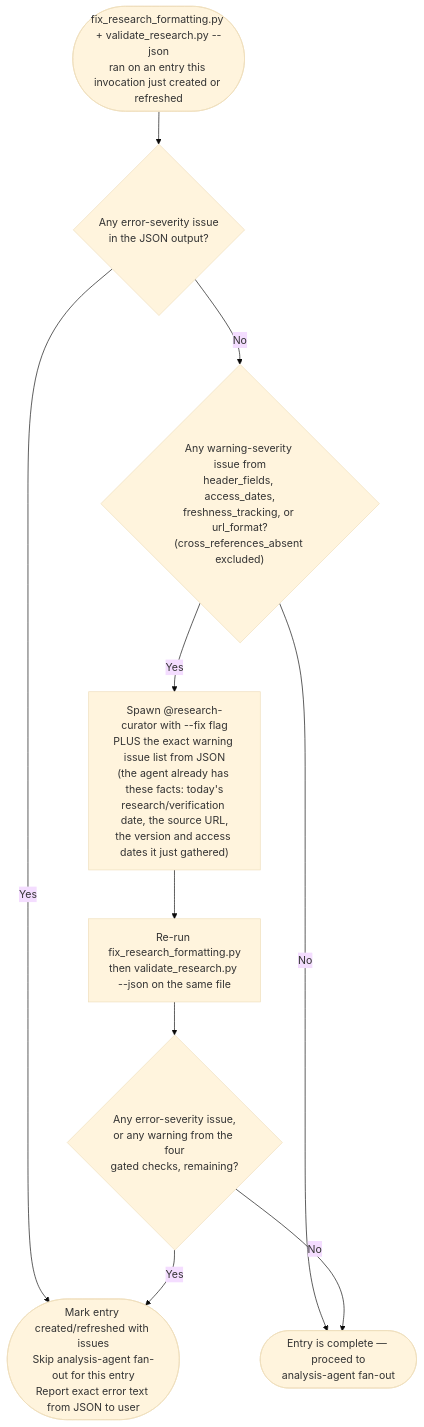
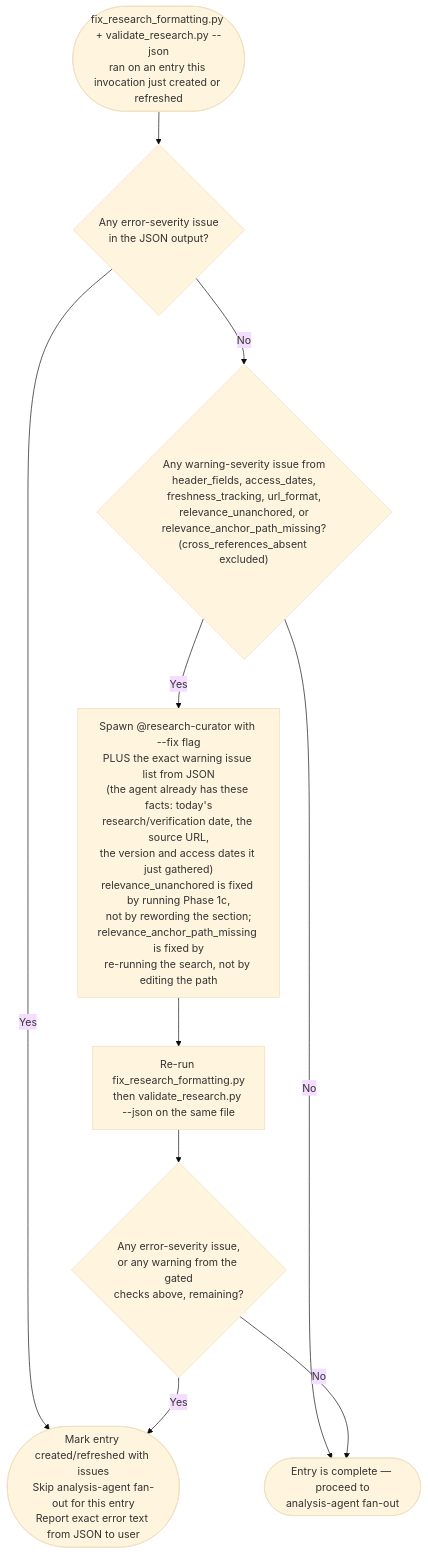
The diagram in .claude/skills/research-curator/references/validation-rules.md (Jamie-BitFlight/claude_skills), drawn with Mermaid (base theme) before and after one commit. The commit also changed other lines of this file and 9 other files, not shown here.

First line of the commit message:
feat(research-curator): anchor Relevance items to real repo paths (#3530)

````diff
--- a/.claude/skills/research-curator/references/validation-rules.md
+++ b/.claude/skills/research-curator/references/validation-rules.md
@@ -32,12 +37,12 @@
 ```mermaid
 flowchart TD
     Start(["fix_research_formatting.py + validate_research.py --json<br>ran on an entry this invocation just created or refreshed"]) --> HasErr{"Any error-severity issue<br>in the JSON output?"}
     HasErr -->|"Yes"| MarkIssues(["Mark entry created/refreshed with issues<br>Skip analysis-agent fan-out for this entry<br>Report exact error text from JSON to user"])
-    HasErr -->|"No"| HasGatedWarn{"Any warning-severity issue from<br>header_fields, access_dates,<br>freshness_tracking, or url_format?<br>(cross_references_absent excluded)"}
+    HasErr -->|"No"| HasGatedWarn{"Any warning-severity issue from<br>header_fields, access_dates,<br>freshness_tracking, url_format,<br>relevance_unanchored, or<br>relevance_anchor_path_missing?<br>(cross_references_absent excluded)"}
     HasGatedWarn -->|"No"| Proceed(["Entry is complete — proceed to<br>analysis-agent fan-out"])
-    HasGatedWarn -->|"Yes"| SpawnFix["Spawn @research-curator with --fix flag<br>PLUS the exact warning issue list from JSON<br>(the agent already has these facts: today's<br>research/verification date, the source URL,<br>the version and access dates it just gathered)"]
+    HasGatedWarn -->|"Yes"| SpawnFix["Spawn @research-curator with --fix flag<br>PLUS the exact warning issue list from JSON<br>(the agent already has these facts: today's<br>research/verification date, the source URL,<br>the version and access dates it just gathered)<br>relevance_unanchored is fixed by running Phase 1c,<br>not by rewording the section;<br>relevance_anchor_path_missing is fixed by<br>re-running the search, not by editing the path"]
     SpawnFix --> Rerun["Re-run fix_research_formatting.py<br>then validate_research.py --json on the same file"]
-    Rerun --> HasErr2{"Any error-severity issue,<br>or any warning from the four<br>gated checks, remaining?"}
+    Rerun --> HasErr2{"Any error-severity issue,<br>or any warning from the gated<br>checks above, remaining?"}
     HasErr2 -->|"Yes"| MarkIssues
     HasErr2 -->|"No"| Proceed
 ```
````
